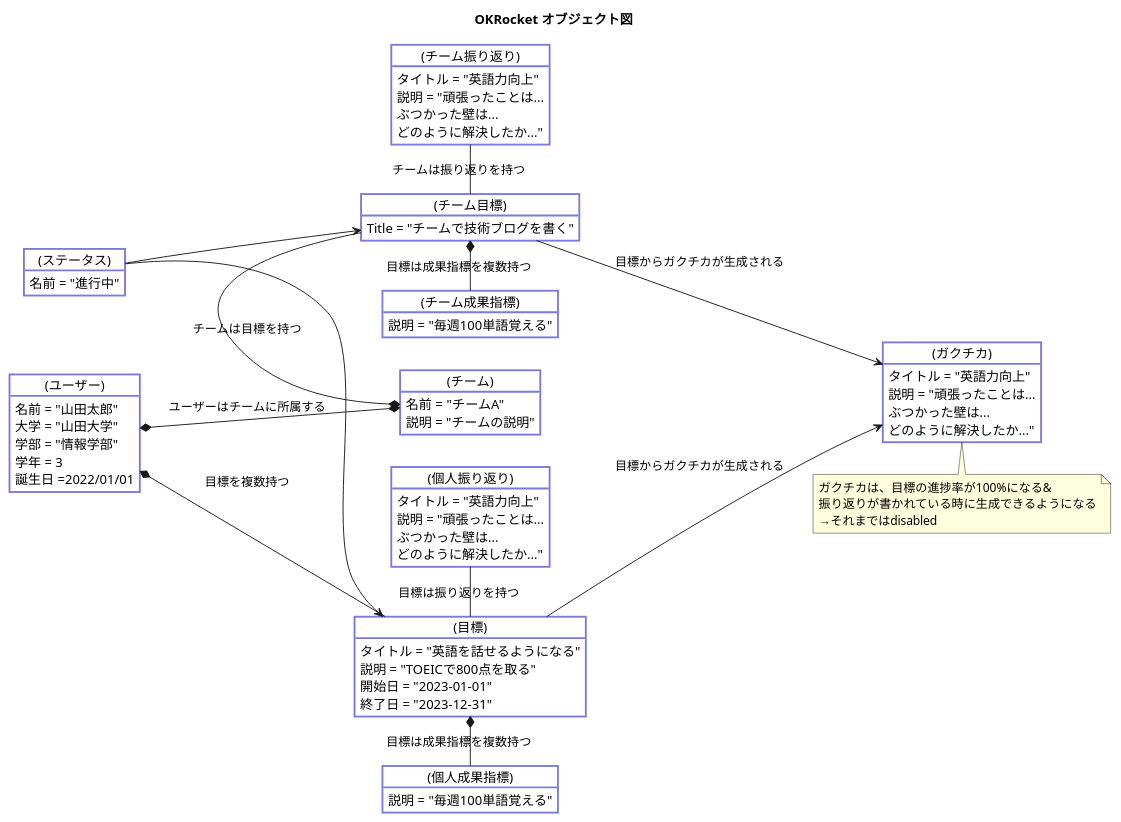
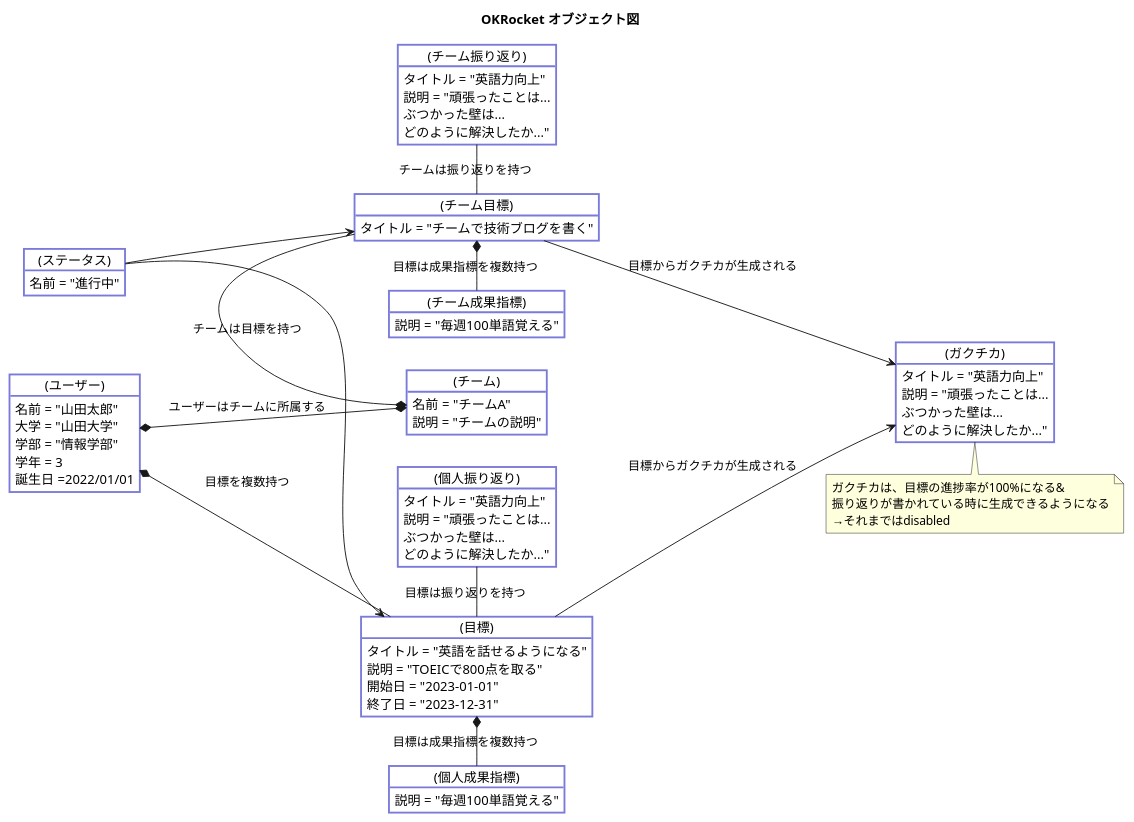
One commit to Yuma-Tsukakoshi/OKRocket changed the diagram in docs/3-object/ALLObjective.pu. Above: the diagram before and after it, drawn with PlantUML.

Commit message:
change: オブジェクト図改修

```diff
--- a/docs/3-object/ALLObjective.pu
+++ b/docs/3-object/ALLObjective.pu
@@ -1,86 +1,86 @@
 @startuml
 title OKRocket オブジェクト図
 
 left to right direction
 
 skinparam object {
   BackgroundColor #ffffff
   BorderColor #7a7adb
   FontColor #000000
   BorderThickness 2
 }
 
 object "(ユーザー)" as User {
   名前 = "山田太郎"
   大学 = "山田大学"
   学部 = "情報学部"
   学年 = 3
   誕生日 =2022/01/01
 }
 
 object "(目標)" as Objective {
   タイトル = "英語を話せるようになる"
   説明 = "TOEICで800点を取る"
   開始日 = "2023-01-01"
   終了日 = "2023-12-31"
 }
 
 object "(個人成果指標)" as KeyResult {
   説明 = "毎週100単語覚える"
 }
 
 object "(チーム成果指標)" as TeamKeyResult {
   説明 = "毎週100単語覚える"
 }
 
 object "(個人振り返り)" as Reflection {
   タイトル = "英語力向上"
   説明 = "頑張ったことは...\nぶつかった壁は...\nどのように解決したか..."
 }
 object "(チーム振り返り)" as TeamReflection {
   タイトル = "英語力向上"
   説明 = "頑張ったことは...\nぶつかった壁は...\nどのように解決したか..."
 }
 
 object "(ガクチカ)" as Gakutika {
   タイトル = "英語力向上"
   説明 = "頑張ったことは...\nぶつかった壁は...\nどのように解決したか..."
 }
 note bottom of Gakutika
   ガクチカは、目標の進捗率が100%になる&
   振り返りが書かれている時に生成できるようになる
   →それまではdisabled
 end note
 
 
 object "(チーム)" as Team {
   名前 = "チームA"
   説明 = "チームの説明"
 }
 
 object "(チーム目標)" as TeamObjective {
-  Title = "チームで技術ブログを書く"
+  タイトル = "チームで技術ブログを書く"
 }
 
 object "(ステータス)" as Status {
   名前 = "進行中"
 }
 
 User *--* Team : "ユーザーはチームに所属する"
 
 Objective -up-* User : "目標を複数持つ"
 Objective *- KeyResult : "目標は成果指標を複数持つ"
 Objective -left- Reflection : "目標は振り返りを持つ"
 
 TeamObjective -* Team : "チームは目標を持つ"
 TeamObjective *-  TeamKeyResult : "目標は成果指標を複数持つ"
 TeamObjective -left- TeamReflection : "チームは振り返りを持つ"
 
 Objective --> Gakutika : "目標からガクチカが生成される"
 TeamObjective --> Gakutika : "目標からガクチカが生成される"
 
 Status --> TeamObjective
 Status --> Objective
 
 
 @enduml
```
